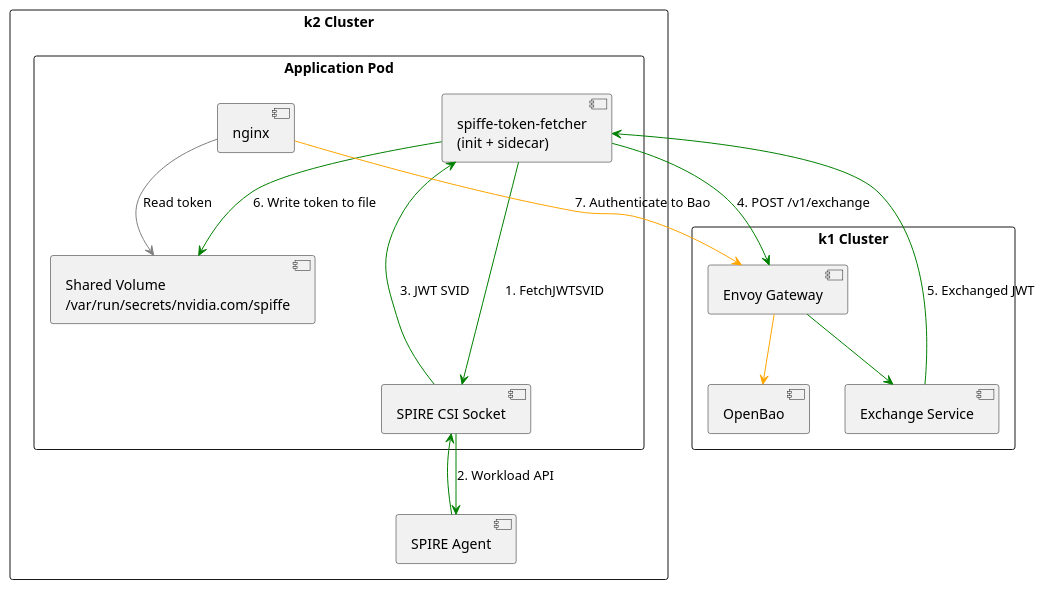
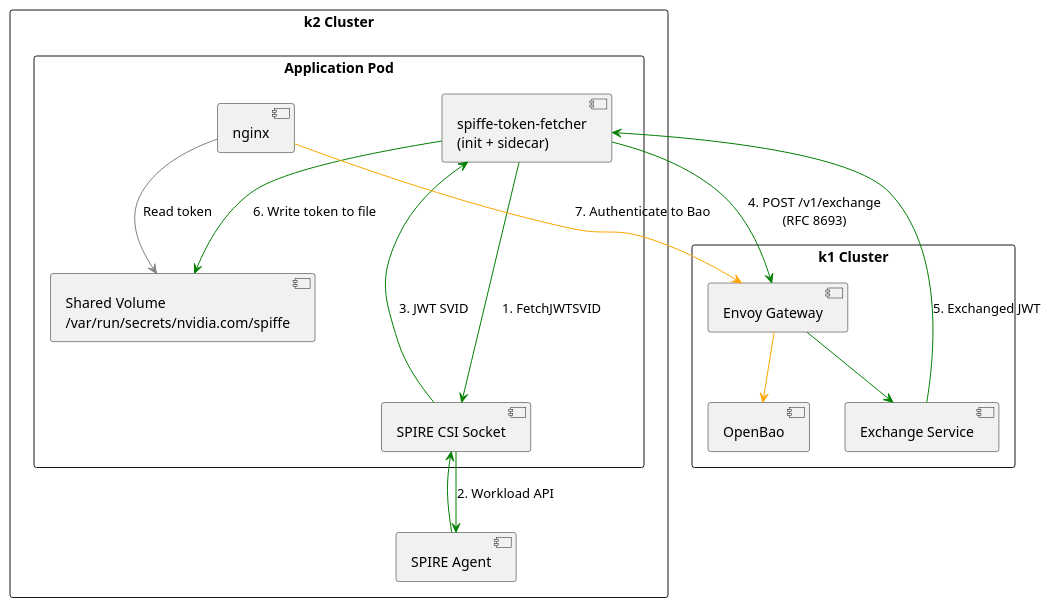
One commit to dsx-ai-factory/nvidia-workload-identity changed the second of 5 diagrams in README.md. Above: the diagram before and after it, drawn with PlantUML. The commit also changed other lines of this file and 5 other files, not shown here.

First line of the commit message:
fix: exchange rfc 8693 compliant

````diff
--- a/README.md
+++ b/README.md
@@ -131,41 +131,41 @@
 ```plantuml
 @startuml Pod Workload
 
 skinparam packageStyle rectangle
 
 package "k1 Cluster" as K1 {
   [OpenBao] as Bao
   [Exchange Service] as Exchange
   [Envoy Gateway] as GW1
 }
 
 package "k2 Cluster" as K2 {
   [SPIRE Agent] as SpireAgent
   
   package "Application Pod" as AppPod {
     [nginx] as App
     [spiffe-token-fetcher\n(init + sidecar)] as Fetcher
     [SPIRE CSI Socket] as SpireCSI
     [Shared Volume\n/var/run/secrets/nvidia.com/spiffe] as TokenVol
   }
 }
 
 ' Token fetcher flow
 Fetcher -[#green]-> SpireCSI : 1. FetchJWTSVID
 SpireCSI -[#green]-> SpireAgent : 2. Workload API
 SpireAgent -[#green]--> SpireCSI
 SpireCSI -[#green]--> Fetcher : 3. JWT SVID
-Fetcher -[#green]-> GW1 : 4. POST /v1/exchange
+Fetcher -[#green]-> GW1 : 4. POST /v1/exchange\n(RFC 8693)
 GW1 -[#green]-> Exchange
 Exchange -[#green]--> Fetcher : 5. Exchanged JWT
 Fetcher -[#green]-> TokenVol : 6. Write token to file
 
 ' App reads token
 App -[#gray]-> TokenVol : Read token
 
 ' App to Bao
 App -[#orange]-> GW1 : 7. Authenticate to Bao
 GW1 -[#orange]-> Bao
 
 @enduml
 ```
````
